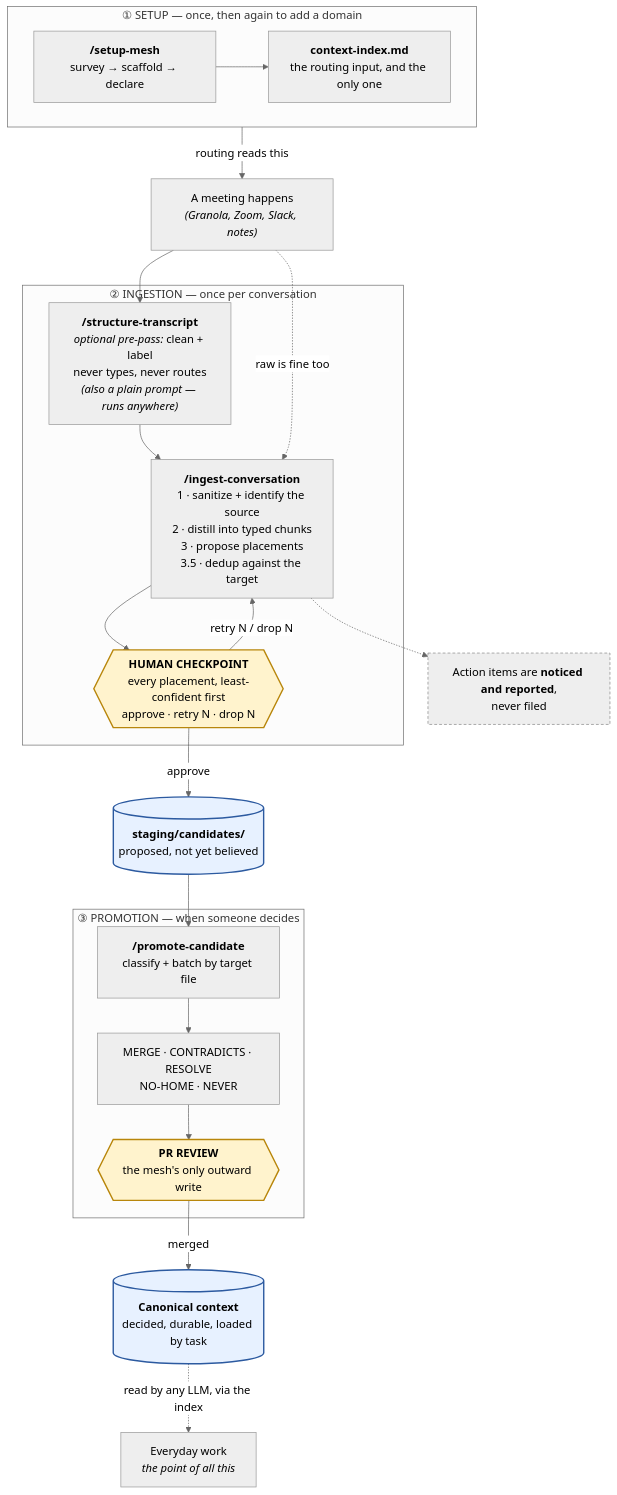
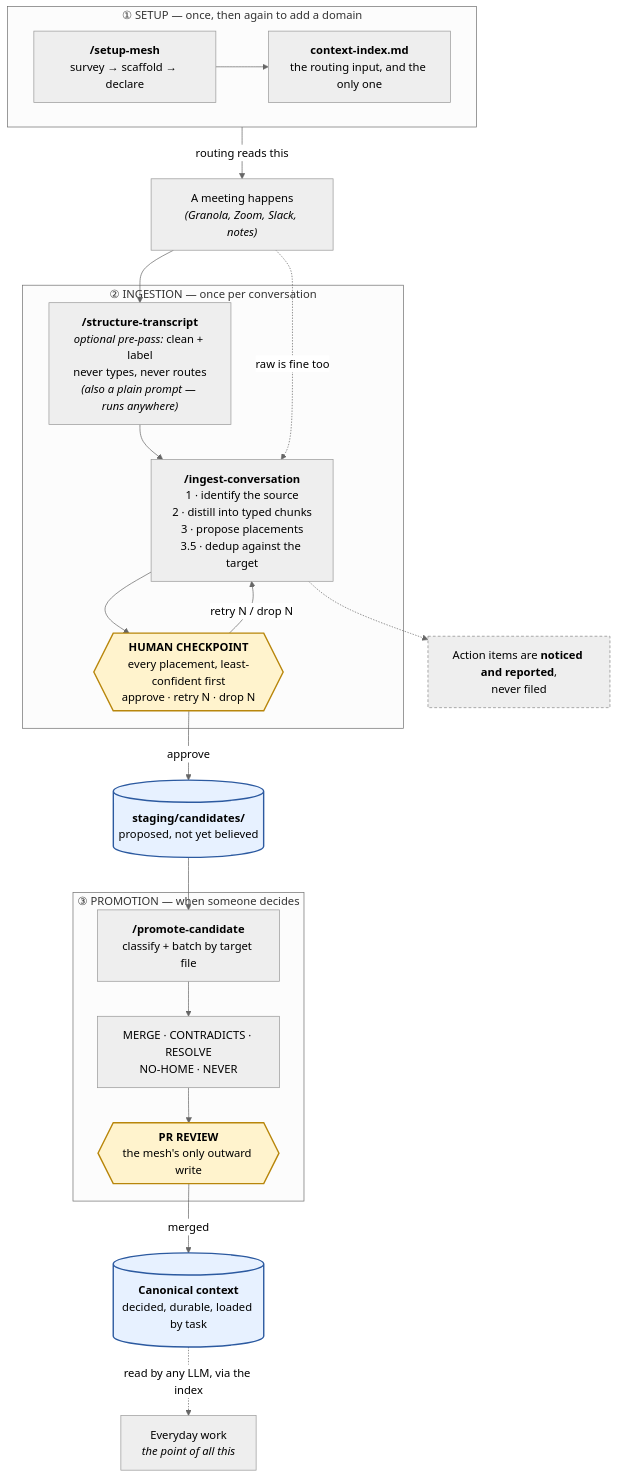
One commit to mitchell-ee/context-mesh-claude changed the first of 2 diagrams in docs/how-it-works.md. Above: the diagram before and after it, drawn with Mermaid (neutral theme). The commit also changed other lines of this file and 13 other files, not shown here.

````diff
--- a/docs/how-it-works.md
+++ b/docs/how-it-works.md
@@ -22,47 +22,47 @@
 ```mermaid
 flowchart TD
     subgraph SETUP["① SETUP — once, then again to add a domain"]
         direction LR
         S1["<b>/setup-mesh</b><br/>survey → scaffold → declare"] --> S2["<b>context-index.md</b><br/>the routing input, and the only one"]
     end
 
     M["A meeting happens<br/><i>(Granola, Zoom, Slack, notes)</i>"]
 
     subgraph INGEST["② INGESTION — once per conversation"]
         P["<b>/structure-transcript</b><br/><i>optional pre-pass:</i> clean + label<br/>never types, never routes<br/><i>(also a plain prompt — runs anywhere)</i>"]
-        I1["<b>/ingest-conversation</b><br/>1 · sanitize + identify the source<br/>2 · distill into typed chunks<br/>3 · propose placements<br/>3.5 · dedup against the target"]
+        I1["<b>/ingest-conversation</b><br/>1 · identify the source<br/>2 · distill into typed chunks<br/>3 · propose placements<br/>3.5 · dedup against the target"]
         GATE1{{"<b>HUMAN CHECKPOINT</b><br/>every placement, least-confident first<br/>approve · retry N · drop N"}}
         P --> I1
         I1 --> GATE1
         GATE1 -->|"retry N / drop N"| I1
     end
 
     ST[("<b>staging/candidates/</b><br/>proposed, not yet believed")]
 
     subgraph PROMOTE["③ PROMOTION — when someone decides"]
         C["<b>/promote-candidate</b><br/>classify + batch by target file"]
         V["MERGE · CONTRADICTS · RESOLVE<br/>NO-HOME · NEVER"]
         GATE2{{"<b>PR REVIEW</b><br/>the mesh's only outward write"}}
         C --> V --> GATE2
     end
 
     CANON[("<b>Canonical context</b><br/>decided, durable, loaded by task")]
     USE["Everyday work<br/><i>the point of all this</i>"]
     TODO["Action items are <b>noticed and reported</b>,<br/>never filed"]
 
     S2 -->|"routing reads this"| M
     M --> P
     M -.->|"raw is fine too"| I1
     GATE1 -->|approve| ST
     ST --> C
     GATE2 -->|merged| CANON
     CANON -.->|"read by any LLM, via the index"| USE
     I1 -.-> TODO
 
     classDef gate fill:#fff3cd,stroke:#b8860b,stroke-width:2px,color:#000
     classDef store fill:#e7f1ff,stroke:#2c5aa0,stroke-width:2px,color:#000
     classDef out fill:#eee,stroke:#888,stroke-dasharray:4 3,color:#000
     class GATE1,GATE2 gate
     class ST,CANON store
     class TODO out
 ```
````
